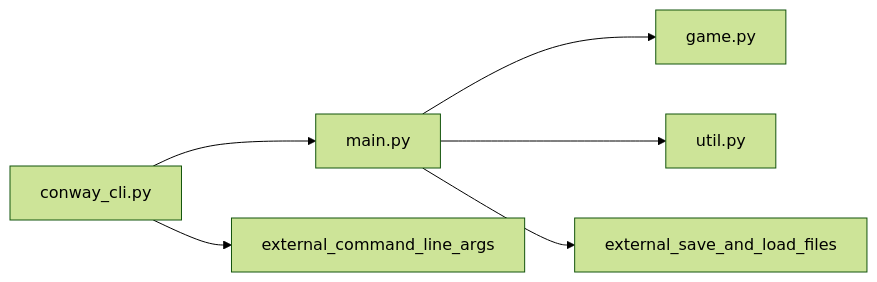
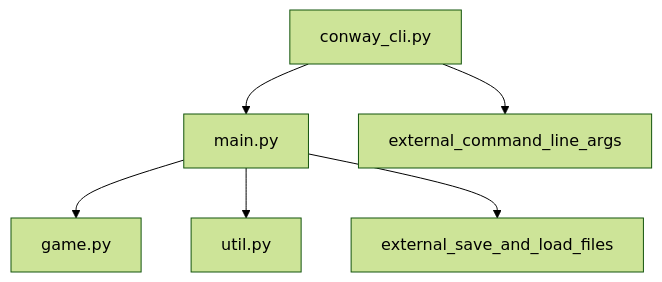
The diagram in README.md (finibusactus/python-console-conway), drawn with Mermaid (forest theme) before and after one commit.

Commit message:
make the graph look better

````diff
--- a/README.md
+++ b/README.md
@@ -46,8 +46,8 @@
   ```mermaid
-  graph LR;
+  graph TD;
   main.py-->game.py;
   main.py-->util.py;
   conway_cli.py-->main.py;
   main.py-->external_save_and_load_files;
   conway_cli.py-->external_command_line_args;
   ```
````
